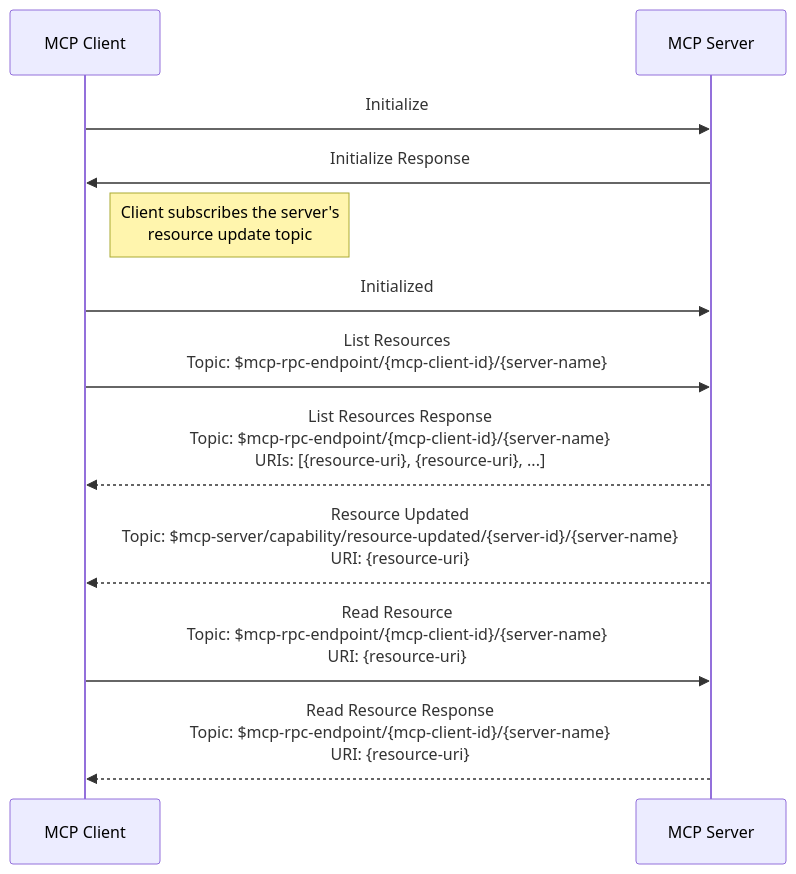
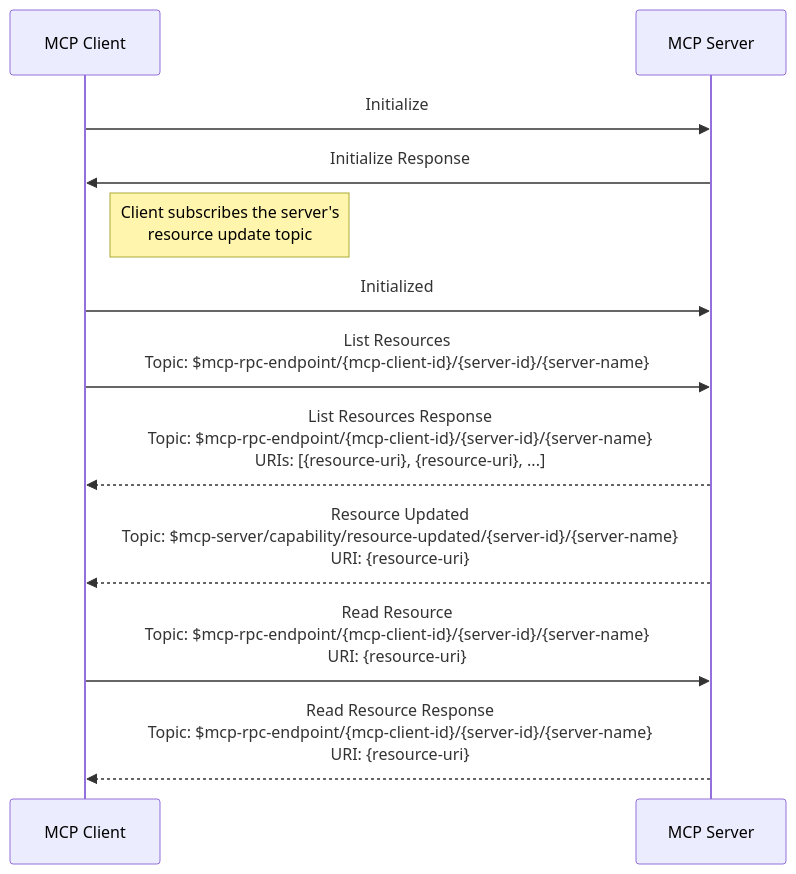
The fourth of 4 diagrams in specification/2025-03-26/basic/mqtt_transport.md (mqtt-ai/mcp-over-mqtt), drawn with Mermaid before and after one commit. The commit also changed other lines of this file, not shown here.

Commit message:
add server-id into the rpc topics

````diff
--- a/specification/2025-03-26/basic/mqtt_transport.md
+++ b/specification/2025-03-26/basic/mqtt_transport.md
@@ -348,21 +348,21 @@
 ```mermaid
 
 sequenceDiagram
     participant MCP_Client as MCP Client
     participant MCP_Server as MCP Server
 
     MCP_Client ->> MCP_Server: Initialize
     MCP_Server ->> MCP_Client: Initialize Response
     Note right of MCP_Client: Client subscribes the server's<br/>resource update topic
     MCP_Client ->> MCP_Server: Initialized
 
-    MCP_Client ->> MCP_Server: List Resources<br/>Topic: $mcp-rpc-endpoint/{mcp-client-id}/{server-name}
+    MCP_Client ->> MCP_Server: List Resources<br/>Topic: $mcp-rpc-endpoint/{mcp-client-id}/{server-id}/{server-name}
 
-    MCP_Server -->> MCP_Client: List Resources Response<br/>Topic: $mcp-rpc-endpoint/{mcp-client-id}/{server-name}<br/>URIs: [{resource-uri}, {resource-uri}, ...]
+    MCP_Server -->> MCP_Client: List Resources Response<br/>Topic: $mcp-rpc-endpoint/{mcp-client-id}/{server-id}/{server-name}<br/>URIs: [{resource-uri}, {resource-uri}, ...]
 
     MCP_Server -->> MCP_Client: Resource Updated<br/>Topic: $mcp-server/capability/resource-updated/{server-id}/{server-name}<br/>URI: {resource-uri}
 
-    MCP_Client ->> MCP_Server: Read Resource<br/>Topic: $mcp-rpc-endpoint/{mcp-client-id}/{server-name}<br/>URI: {resource-uri}
+    MCP_Client ->> MCP_Server: Read Resource<br/>Topic: $mcp-rpc-endpoint/{mcp-client-id}/{server-id}/{server-name}<br/>URI: {resource-uri}
 
-    MCP_Server -->> MCP_Client: Read Resource Response<br/>Topic: $mcp-rpc-endpoint/{mcp-client-id}/{server-name}<br/>URI: {resource-uri}
+    MCP_Server -->> MCP_Client: Read Resource Response<br/>Topic: $mcp-rpc-endpoint/{mcp-client-id}/{server-id}/{server-name}<br/>URI: {resource-uri}
 ```
````
